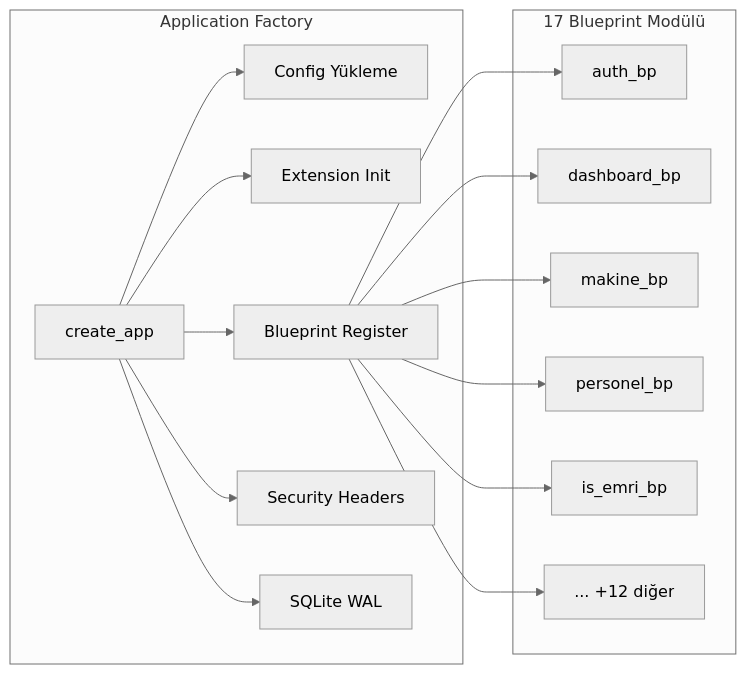
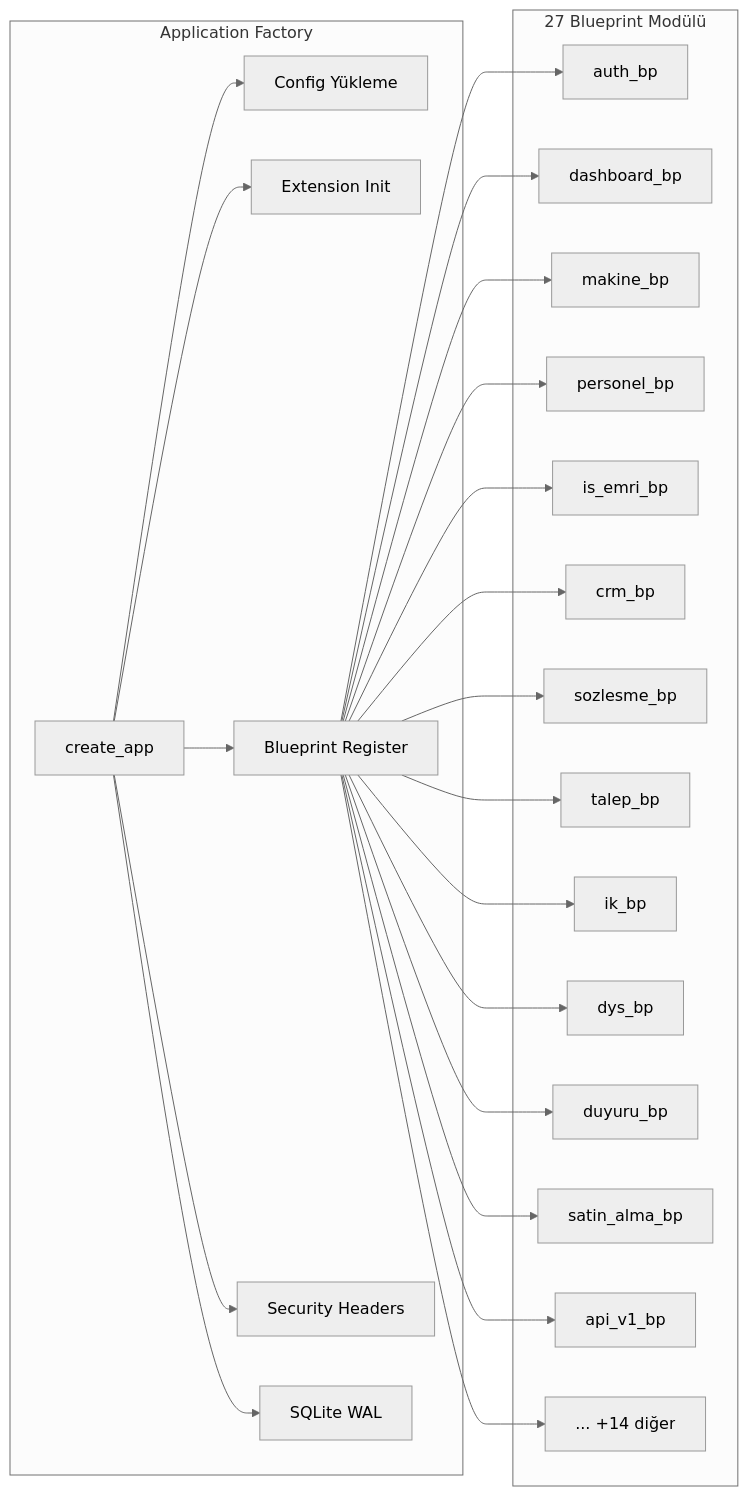
The second of 5 diagrams in README.md (Scryne/FabrikaOS), drawn with Mermaid (neutral theme) before and after one commit. The commit also changed other lines of this file and 14581 other files, not shown here.

````diff
--- a/README.md
+++ b/README.md
@@ -265,19 +311,27 @@
 ```mermaid
 graph LR
     subgraph "Application Factory"
         A[create_app] --> B[Config Yükleme]
         A --> C[Extension Init]
         A --> D[Blueprint Register]
         A --> E[Security Headers]
         A --> F[SQLite WAL]
     end
     
-    subgraph "17 Blueprint Modülü"
+    subgraph "27 Blueprint Modülü"
         D --> G[auth_bp]
         D --> H[dashboard_bp]
         D --> I[makine_bp]
         D --> J[personel_bp]
         D --> K[is_emri_bp]
-        D --> L[... +12 diğer]
+        D --> L1[crm_bp]
+        D --> L2[sozlesme_bp]
+        D --> L3[talep_bp]
+        D --> L4[ik_bp]
+        D --> L5[dys_bp]
+        D --> L6[duyuru_bp]
+        D --> L7[satin_alma_bp]
+        D --> L8[api_v1_bp]
+        D --> L[... +14 diğer]
     end
 ```
````
